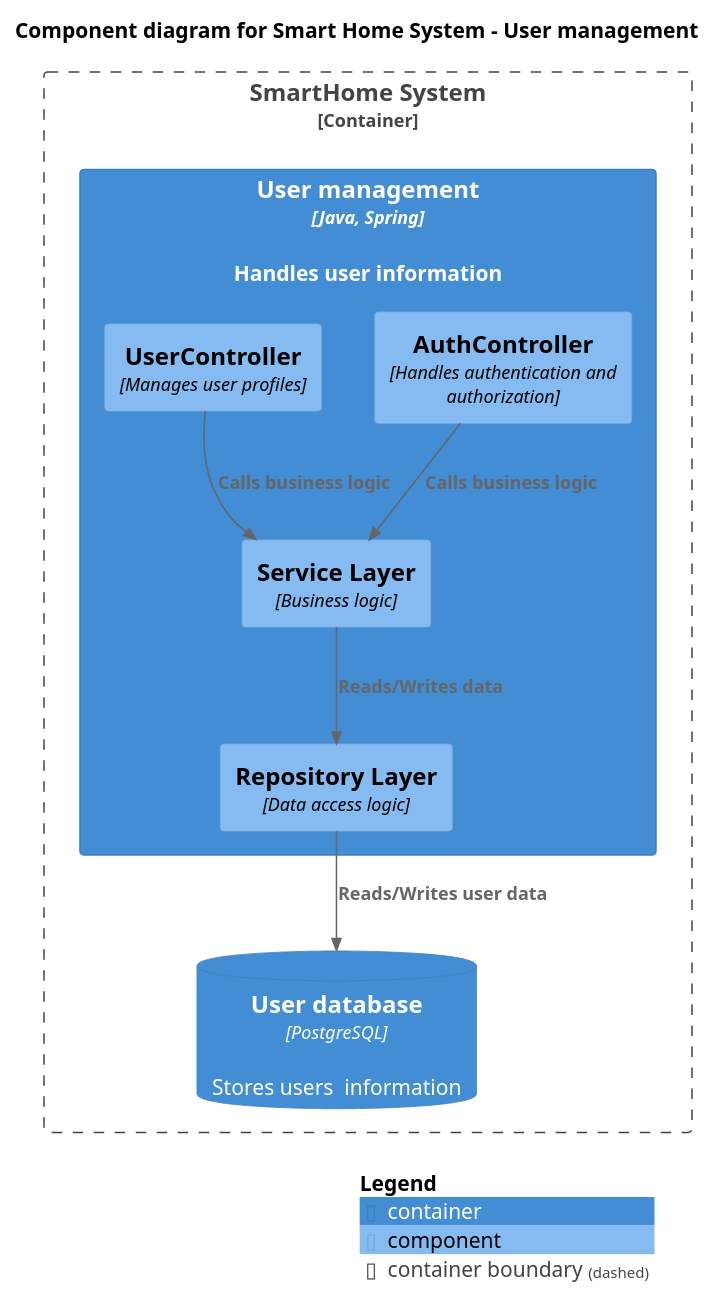
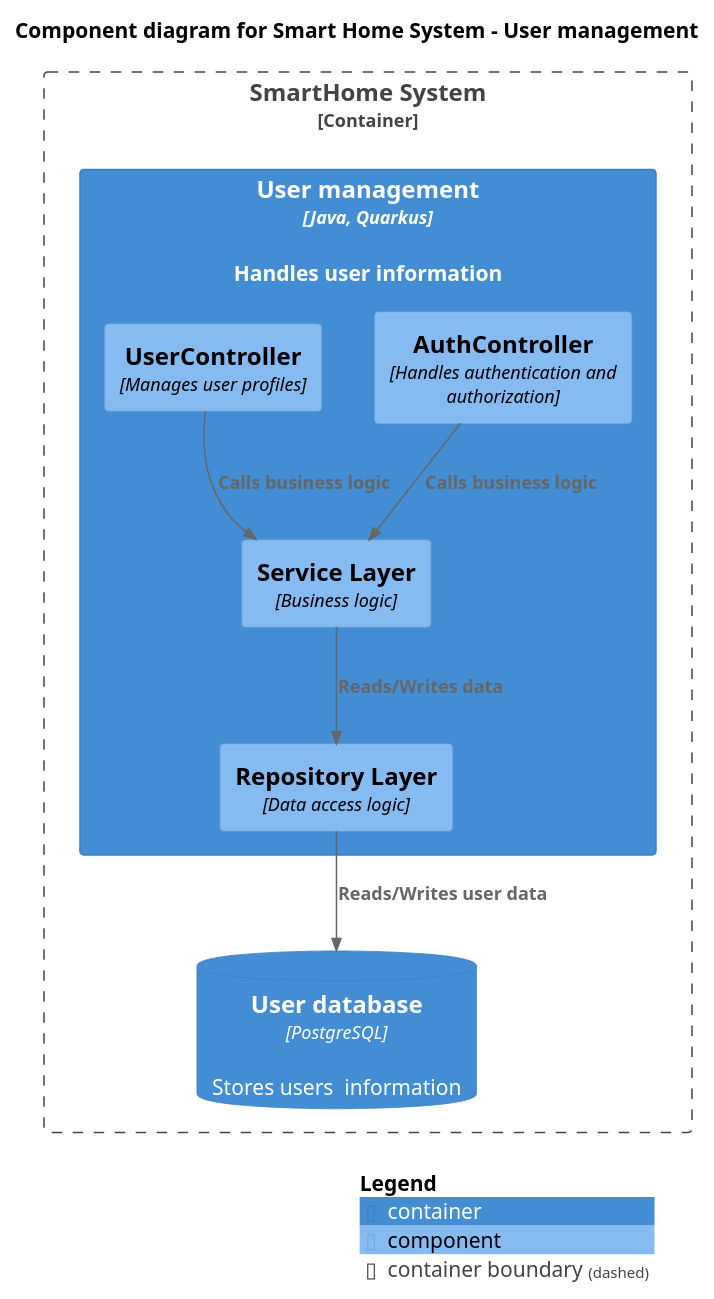
Before and after one commit to belkevglaz/yc-apo-sprint3: the diagram in docs/docs/assets/target/UserManageCompDiagram.md, drawn with PlantUML. The commit also changed 9 other files, not shown here.

````diff
--- a/docs/docs/assets/target/UserManageCompDiagram.md
+++ b/docs/docs/assets/target/UserManageCompDiagram.md
@@ -1,28 +1,28 @@
 ```puml
 @startuml
 !include https://raw.githubusercontent.com/plantuml-stdlib/C4-PlantUML/master/C4_Component.puml
 '!include ../templates/C4_Component.puml
 
 title Component diagram for Smart Home System - User management
 
 Container_Boundary(SmartHomeSystem, "SmartHome System") {
-    Container(ms_users, "User management", "Java, Spring", "Handles user information")
+    Container(ms_users, "User management", "Java, Quarkus", "Handles user information")
     ContainerDb(users_db, "User database", "PostgreSQL", "Stores users  information")
 }
 
-Container(ms_users, "User management", "Java, Spring") {
+Container(ms_users, "User management", "Java, Quarkus") {
     Component(AuthController, "AuthController", "Handles authentication and authorization")
     Component(UserController, "UserController", "Manages user profiles")
     Component(ServiceLayer, "Service Layer", "Business logic")
     Component(RepositoryLayer, "Repository Layer", "Data access logic")
 }
 
 Rel(AuthController,ServiceLayer,"Calls business logic")
 Rel(UserController,ServiceLayer,"Calls business logic")
 Rel(ServiceLayer,RepositoryLayer,"Reads/Writes data")
 Rel(RepositoryLayer,users_db,"Reads/Writes user data")
 
 SHOW_LEGEND()
 
 @enduml
 ```
````
